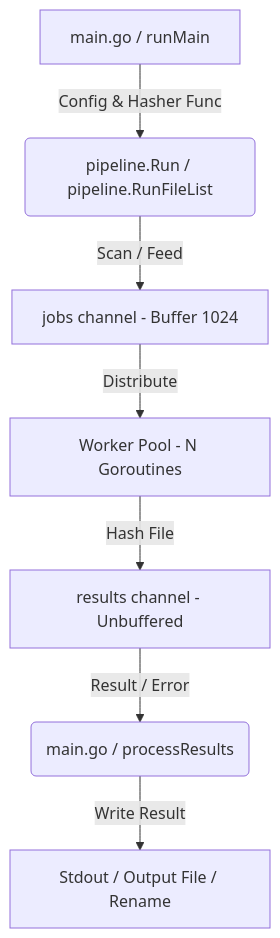
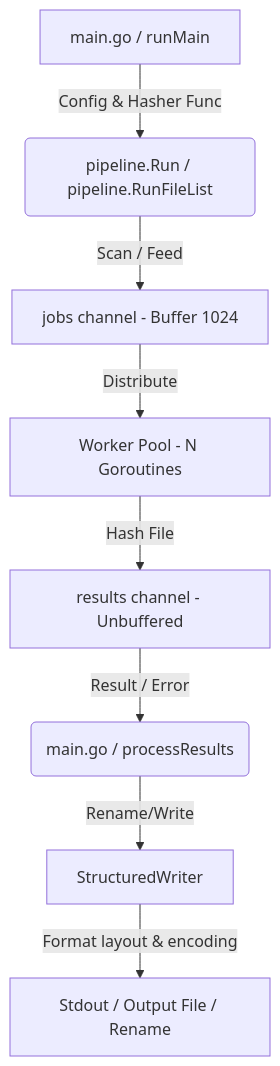
The first of 2 diagrams in README.md (edsilegxrepo/hashcalcmt), drawn with Mermaid before and after one commit. The commit also changed other lines of this file and 1 other file, not shown here.

````diff
--- a/README.md
+++ b/README.md
@@ -24,9 +24,10 @@
 ```mermaid
 graph TD
     A[main.go / runMain] -->|Config & Hasher Func| B(pipeline.Run / pipeline.RunFileList)
     B -->|Scan / Feed| C[jobs channel - Buffer 1024]
     C -->|Distribute| D[Worker Pool - N Goroutines]
     D -->|Hash File| E[results channel - Unbuffered]
     E -->|Result / Error| F(main.go / processResults)
-    F -->|Write Result| G[Stdout / Output File / Rename]
+    F -->|Rename/Write| H[StructuredWriter]
+    H -->|Format layout & encoding| G[Stdout / Output File / Rename]
 ```
````
